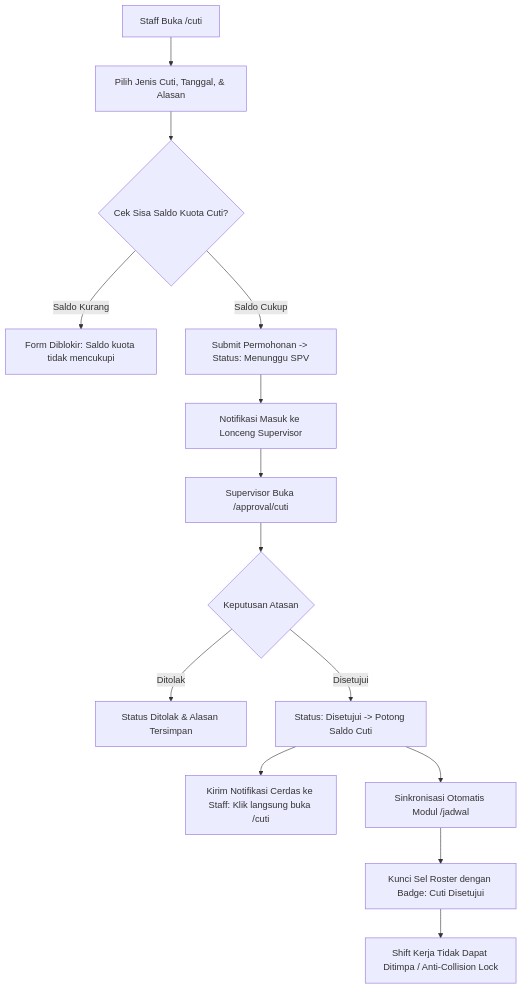
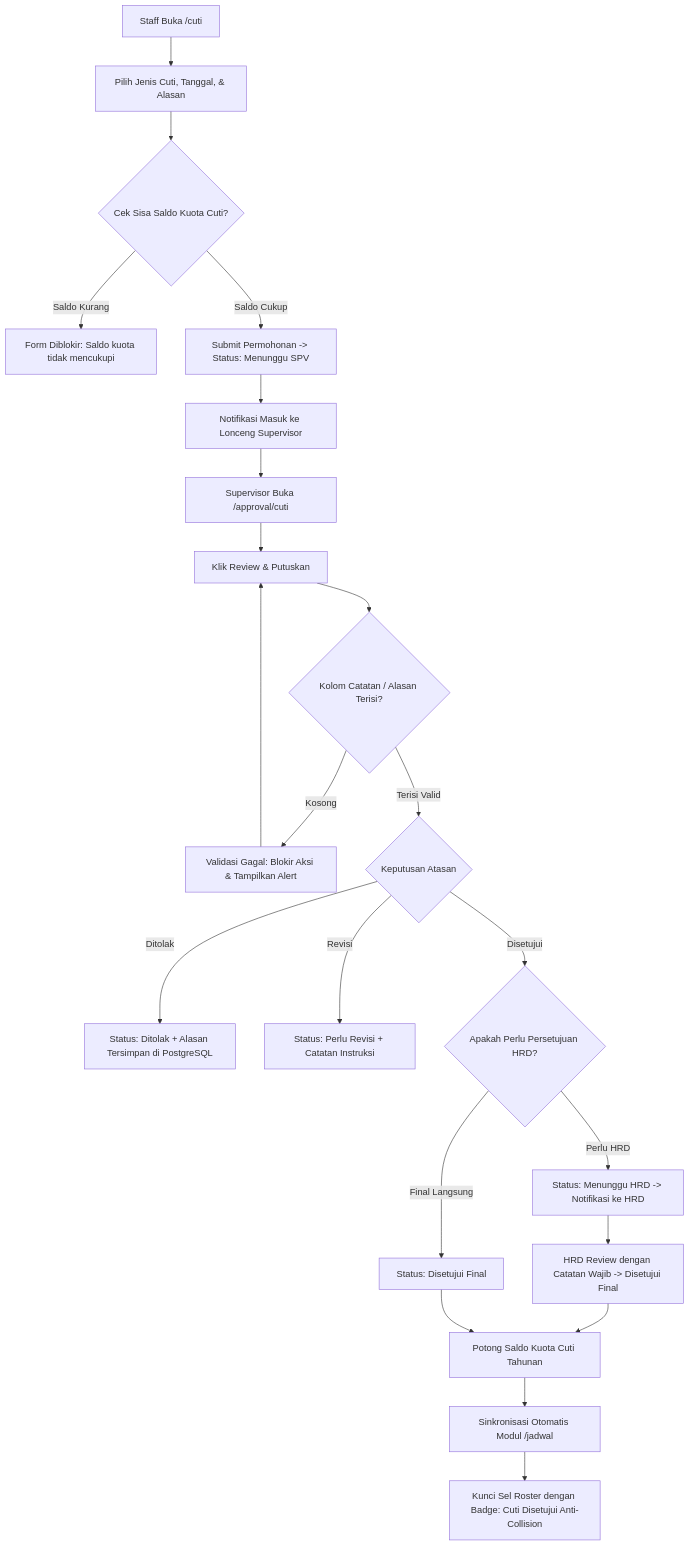
One commit to ekajacx/jabsen changed the fifth of 8 diagrams in PRD_Final_v1.0_Sistem_Absensi.md. Above: the diagram before and after it, drawn with Mermaid. The commit also changed other lines of this file, not shown here.

Commit message:
docs(prd): update PRD v2.1 mencakup 27 karyawan aktual, flow approval alasan wajib, multi-identifier login, dan laporan audit keamanan

````diff
--- a/PRD_Final_v1.0_Sistem_Absensi.md
+++ b/PRD_Final_v1.0_Sistem_Absensi.md
@@ -668,16 +744,24 @@
 ```mermaid
 flowchart TD
     A[Staff Buka /cuti] --> B[Pilih Jenis Cuti, Tanggal, & Alasan]
     B --> C{Cek Sisa Saldo Kuota Cuti?}
     C -- Saldo Kurang --> X[Form Diblokir: Saldo kuota tidak mencukupi]
     C -- Saldo Cukup --> D[Submit Permohonan -> Status: Menunggu SPV]
     D --> E[Notifikasi Masuk ke Lonceng Supervisor]
     E --> F[Supervisor Buka /approval/cuti]
-    F --> G{Keputusan Atasan}
-    G -- Ditolak --> H[Status Ditolak & Alasan Tersimpan]
-    G -- Disetujui --> I[Status: Disetujui -> Potong Saldo Cuti]
-    I --> J[Kirim Notifikasi Cerdas ke Staff: Klik langsung buka /cuti]
-    I --> K[Sinkronisasi Otomatis Modul /jadwal]
-    K --> L[Kunci Sel Roster dengan Badge: Cuti Disetujui]
-    L --> M[Shift Kerja Tidak Dapat Ditimpa / Anti-Collision Lock]
+    F --> G[Klik Review & Putuskan]
+    G --> H{Kolom Catatan / Alasan Terisi?}
+    H -- Kosong --> I[Validasi Gagal: Blokir Aksi & Tampilkan Alert]
+    I --> G
+    H -- Terisi Valid --> J{Keputusan Atasan}
+    J -- Ditolak --> K[Status: Ditolak + Alasan Tersimpan di PostgreSQL]
+    J -- Revisi --> L[Status: Perlu Revisi + Catatan Instruksi]
+    J -- Disetujui --> M{Apakah Perlu Persetujuan HRD?}
+    M -- Perlu HRD --> N[Status: Menunggu HRD -> Notifikasi ke HRD]
+    N --> O[HRD Review dengan Catatan Wajib -> Disetujui Final]
+    M -- Final Langsung --> P[Status: Disetujui Final]
+    O --> Q[Potong Saldo Kuota Cuti Tahunan]
+    P --> Q
+    Q --> R[Sinkronisasi Otomatis Modul /jadwal]
+    R --> S[Kunci Sel Roster dengan Badge: Cuti Disetujui Anti-Collision]
 ```
````
